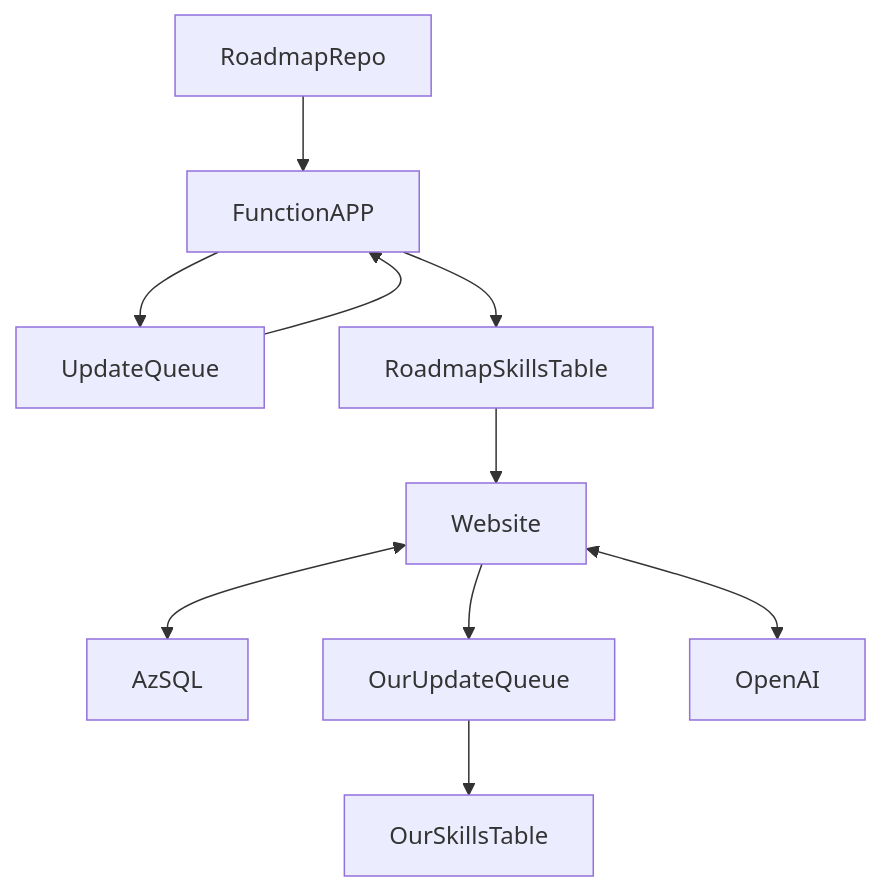
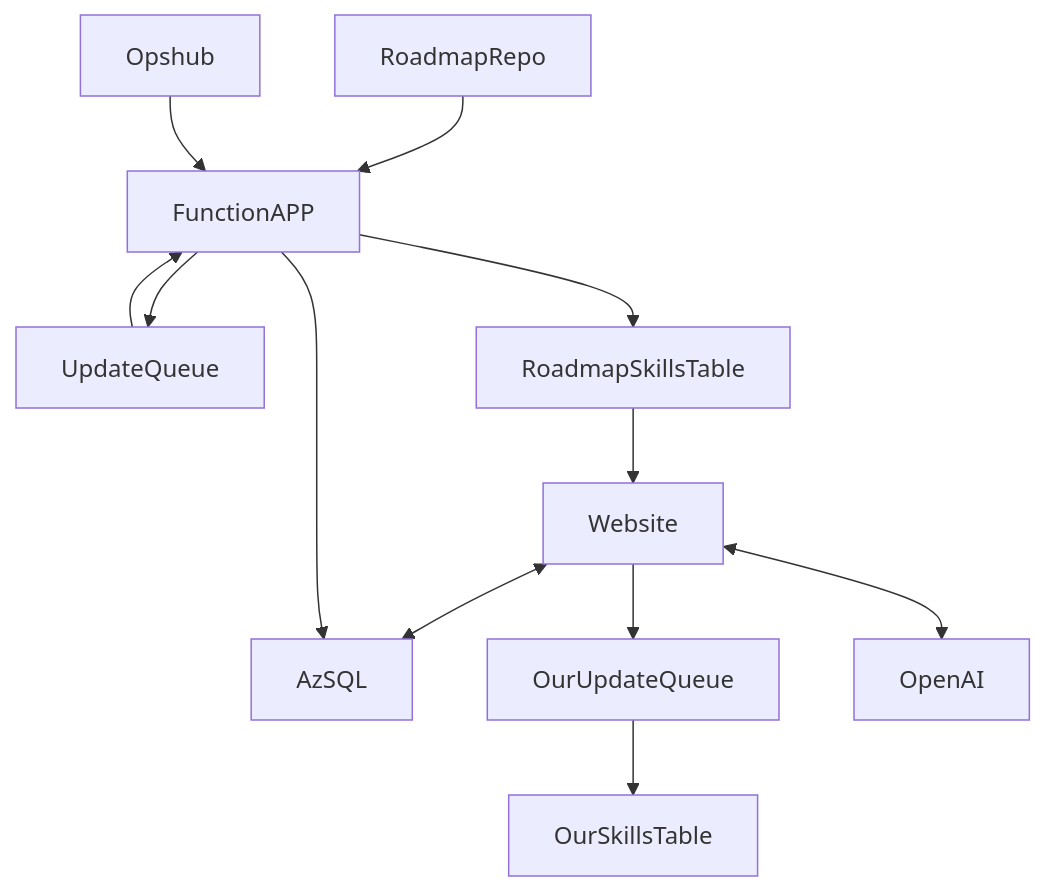
The diagram in docs/Technical Design/Graph View.md (AddisonRogers/skills-portal), drawn with Mermaid before and after one commit. The commit also changed 14 other files, not shown here.

````diff
--- a/docs/Technical Design/Graph View.md
+++ b/docs/Technical Design/Graph View.md
@@ -1,14 +1,17 @@
 ```mermaid
 graph TD
 RoadmapRepo --> FunctionAPP
 FunctionAPP --> UpdateQueue
 UpdateQueue --> FunctionAPP
 FunctionAPP --> RoadmapSkillsTable
 
 Website <--> AzSQL
 RoadmapSkillsTable --> Website
 Website --> OurUpdateQueue
 OurUpdateQueue --> OurSkillsTable
 Website <--> OpenAI
 
+Opshub --> FunctionAPP
+FunctionAPP --> AzSQL
+
 ```
````
